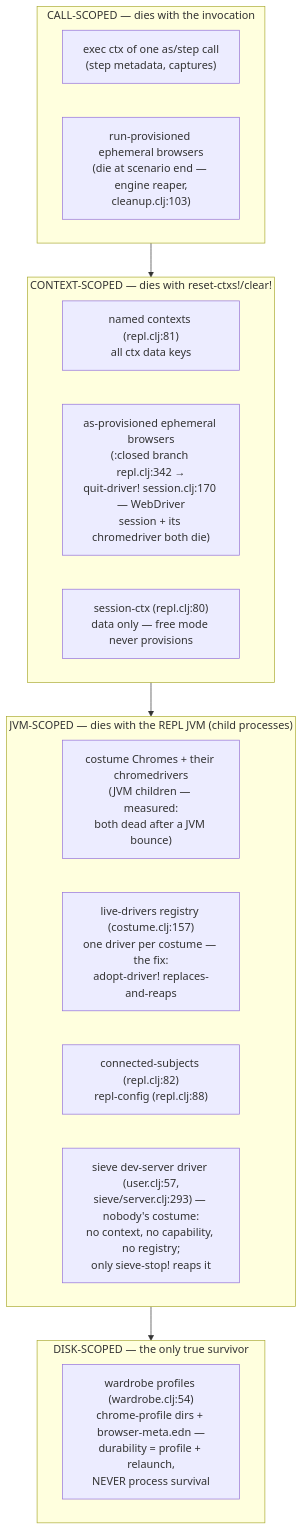
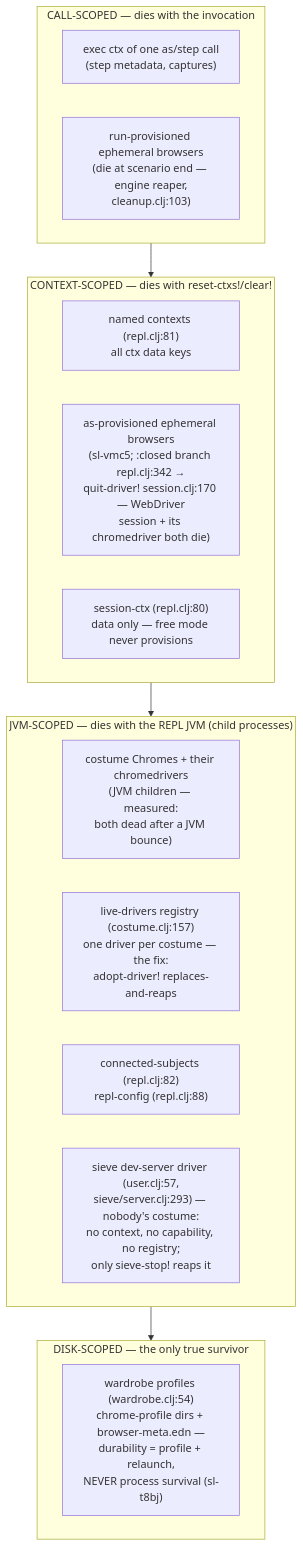
The first of 2 diagrams in docs/architecture/repl-lifetimes.md (SHIFT-LEFTER/shiftlefter), drawn with Mermaid before and after one commit. The commit also changed other lines of this file and 236 other files, not shown here.

````diff
--- a/docs/architecture/repl-lifetimes.md
+++ b/docs/architecture/repl-lifetimes.md
@@ -83,22 +85,22 @@
 ```mermaid
 graph TB
     subgraph CALL["CALL-SCOPED — dies with the invocation"]
         EXECCTX["exec ctx of one as/step call<br/>(step metadata, captures)"]
         RUNEPH["run-provisioned ephemeral browsers<br/>(die at scenario end — engine reaper,<br/>cleanup.clj:103)"]
     end
     subgraph CTX["CONTEXT-SCOPED — dies with reset-ctxs!/clear!"]
         NAMED["named contexts (repl.clj:81)<br/>all ctx data keys"]
-        ASEPH["as-provisioned ephemeral browsers<br/>(:closed branch repl.clj:342 →<br/>quit-driver! session.clj:170 — WebDriver<br/>session + its chromedriver both die)"]
+        ASEPH["as-provisioned ephemeral browsers<br/>(sl-vmc5; :closed branch repl.clj:342 →<br/>quit-driver! session.clj:170 — WebDriver<br/>session + its chromedriver both die)"]
         SESS["session-ctx (repl.clj:80)<br/>data only — free mode never provisions"]
     end
     subgraph JVM["JVM-SCOPED — dies with the REPL JVM (child processes)"]
         COSTCHROME["costume Chromes + their chromedrivers<br/>(JVM children — measured:<br/>both dead after a JVM bounce)"]
         REG["live-drivers registry (costume.clj:157)<br/>one driver per costume — the fix:<br/>adopt-driver! replaces-and-reaps"]
         SUBJ["connected-subjects (repl.clj:82)<br/>repl-config (repl.clj:88)"]
         SIEVE["sieve dev-server driver (user.clj:57,<br/>sieve/server.clj:293) — nobody's costume:<br/>no context, no capability, no registry;<br/>only sieve-stop! reaps it"]
     end
     subgraph DISK["DISK-SCOPED — the only true survivor"]
-        WARD["wardrobe profiles (wardrobe.clj:54)<br/>chrome-profile dirs + browser-meta.edn —<br/>durability = profile + relaunch,<br/>NEVER process survival"]
+        WARD["wardrobe profiles (wardrobe.clj:54)<br/>chrome-profile dirs + browser-meta.edn —<br/>durability = profile + relaunch,<br/>NEVER process survival (sl-t8bj)"]
     end
     CALL --> CTX --> JVM --> DISK
 ```
````
